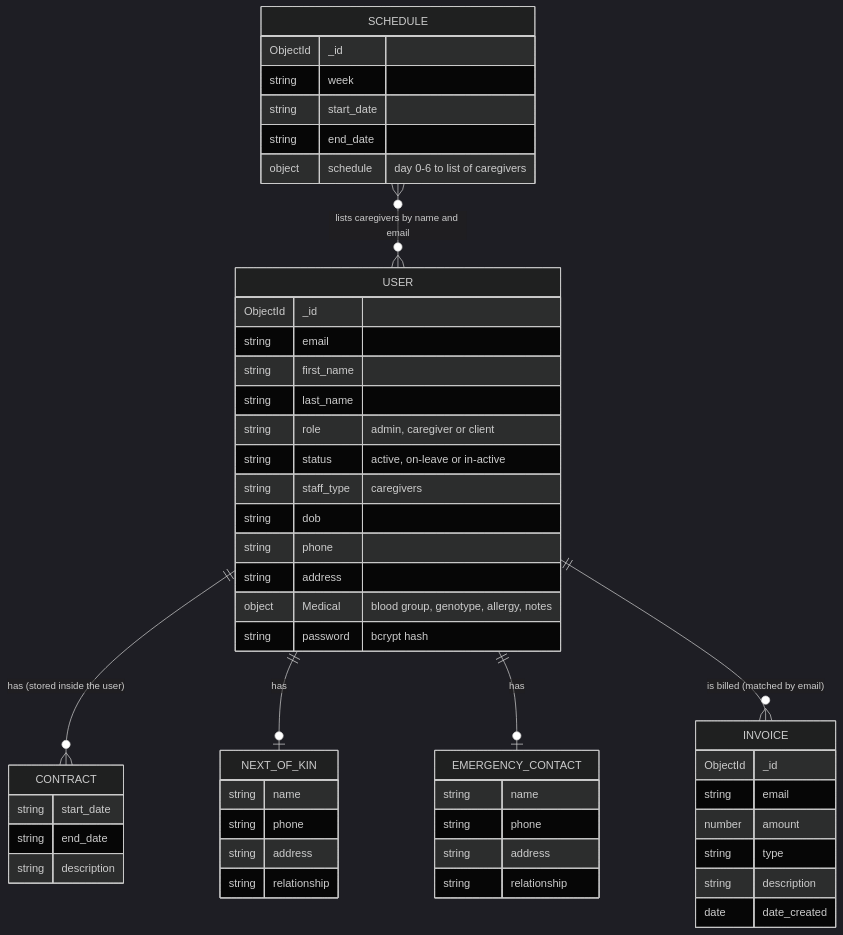
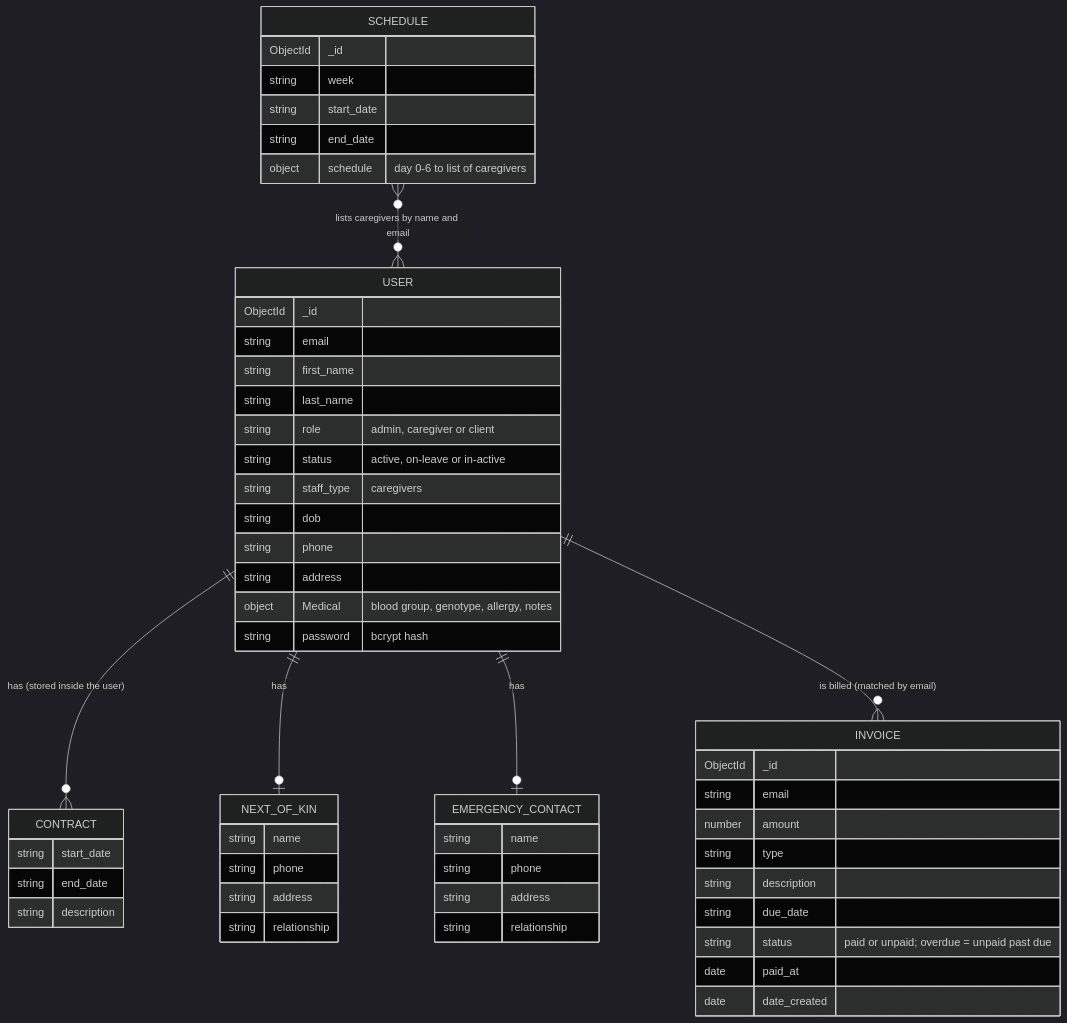
The second of 3 diagrams in docs/requirements.md (helena-byte999/ecms), drawn with Mermaid (dark theme) before and after one commit. The commit also changed other lines of this file and 25 other files, not shown here.

````diff
--- a/docs/requirements.md
+++ b/docs/requirements.md
@@ -123,55 +123,58 @@
 ```mermaid
 erDiagram
   USER ||--o{ CONTRACT : "has (stored inside the user)"
   USER ||--o| NEXT_OF_KIN : "has"
   USER ||--o| EMERGENCY_CONTACT : "has"
   USER ||--o{ INVOICE : "is billed (matched by email)"
   SCHEDULE }o--o{ USER : "lists caregivers by name and email"
 
   USER {
     ObjectId _id
     string email
     string first_name
     string last_name
     string role "admin, caregiver or client"
     string status "active, on-leave or in-active"
     string staff_type "caregivers"
     string dob
     string phone
     string address
     object Medical "blood group, genotype, allergy, notes"
     string password "bcrypt hash"
   }
   CONTRACT {
     string start_date
     string end_date
     string description
   }
   NEXT_OF_KIN {
     string name
     string phone
     string address
     string relationship
   }
   EMERGENCY_CONTACT {
     string name
     string phone
     string address
     string relationship
   }
   INVOICE {
     ObjectId _id
     string email
     number amount
     string type
     string description
+    string due_date
+    string status "paid or unpaid; overdue = unpaid past due"
+    date paid_at
     date date_created
   }
   SCHEDULE {
     ObjectId _id
     string week
     string start_date
     string end_date
     object schedule "day 0-6 to list of caregivers"
   }
 ```
````
